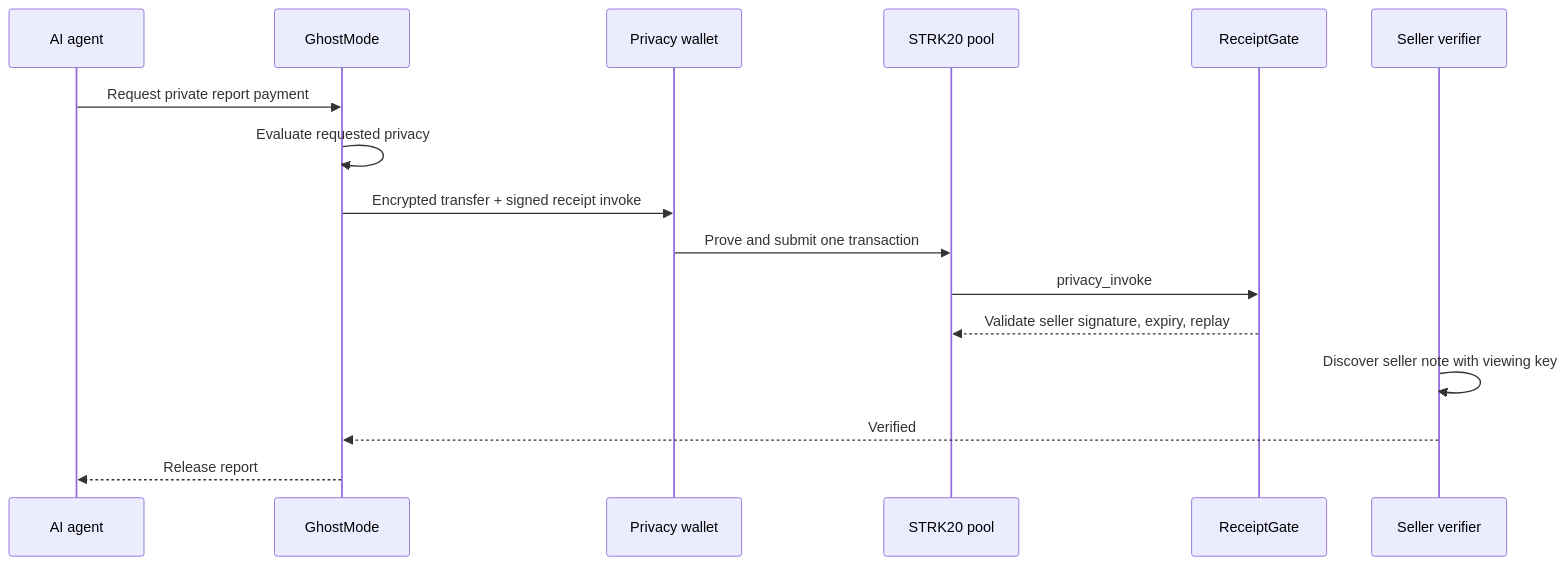
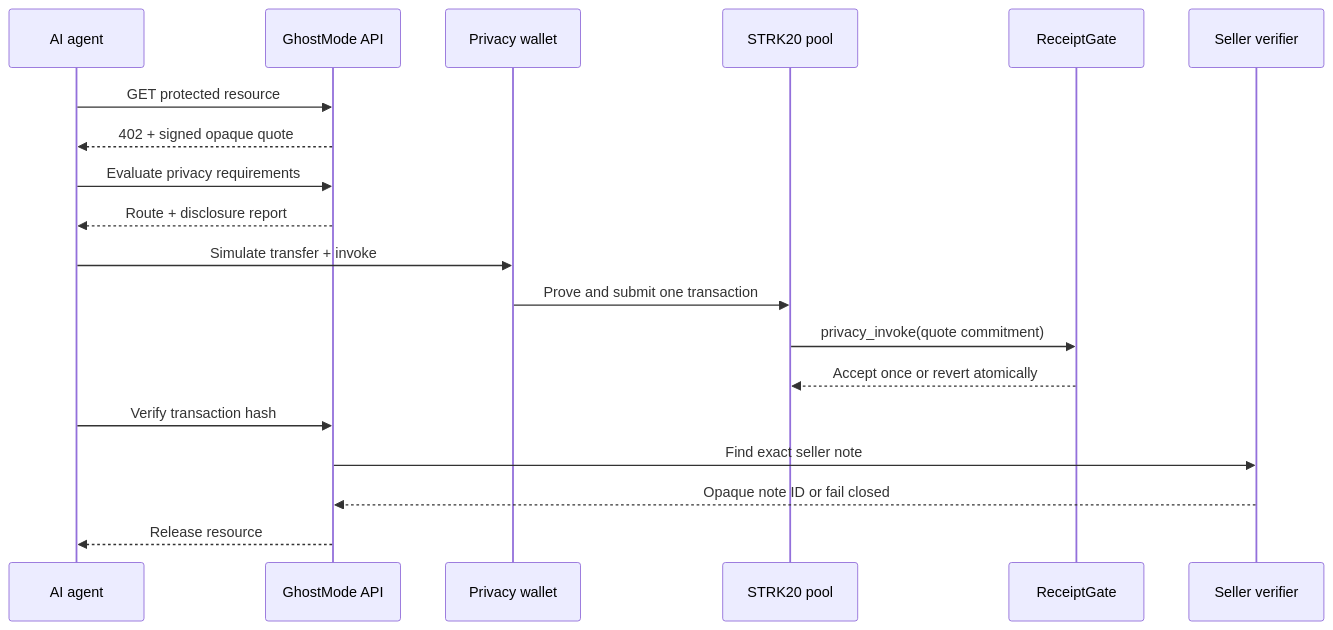
Before and after one commit to 0xZorak/ghostmode-starknet: the first of 3 diagrams in README.md, drawn with Mermaid. The commit also changed other lines of this file and 70 other files, not shown here.

Commit message:
Polish GhostMode product and documentation

````diff
--- a/README.md
+++ b/README.md
@@ -20,18 +83,22 @@
 ```mermaid
 sequenceDiagram
     participant A as AI agent
-    participant G as GhostMode
+    participant G as GhostMode API
     participant W as Privacy wallet
     participant P as STRK20 pool
     participant R as ReceiptGate
-    participant S as Seller verifier
-    A->>G: Request private report payment
-    G->>G: Evaluate requested privacy
-    G->>W: Encrypted transfer + signed receipt invoke
+    participant V as Seller verifier
+
+    A->>G: GET protected resource
+    G-->>A: 402 + signed opaque quote
+    A->>G: Evaluate privacy requirements
+    G-->>A: Route + disclosure report
+    A->>W: Simulate transfer + invoke
     W->>P: Prove and submit one transaction
-    P->>R: privacy_invoke
-    R-->>P: Validate seller signature, expiry, replay
-    S->>S: Discover seller note with viewing key
-    S-->>G: Verified
-    G-->>A: Release report
+    P->>R: privacy_invoke(quote commitment)
+    R-->>P: Accept once or revert atomically
+    A->>G: Verify transaction hash
+    G->>V: Find exact seller note
+    V-->>G: Opaque note ID or fail closed
+    G-->>A: Release resource
 ```
````
